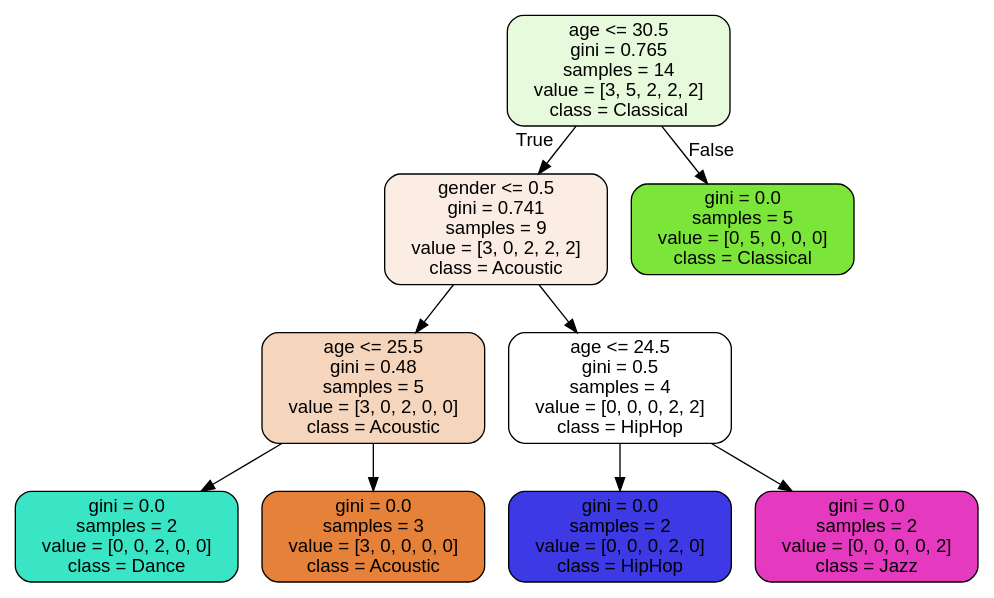
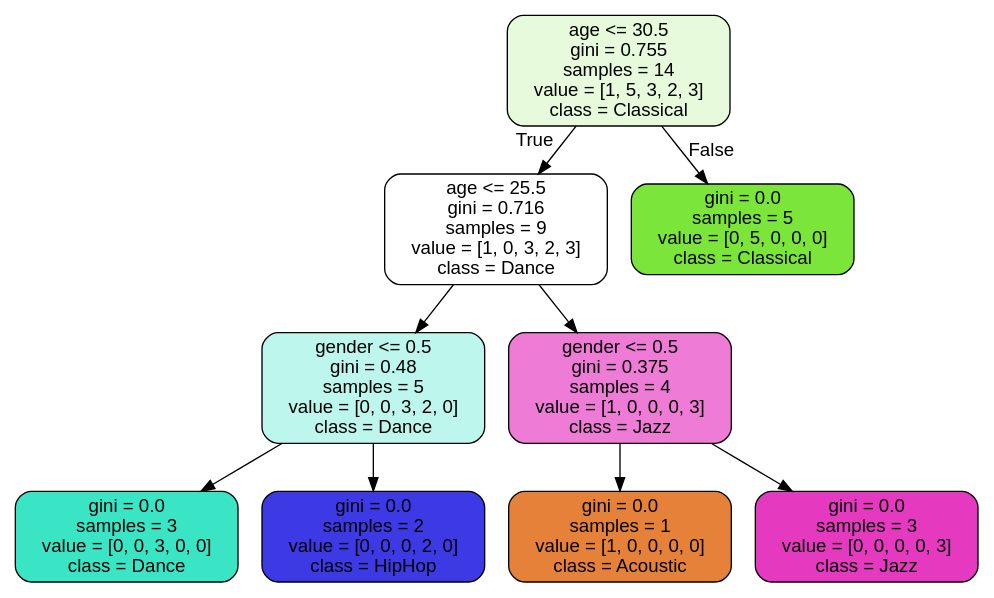
One commit to NyashaNziramasanga/music-genre-recommender changed the diagram in music-recommender.dot. Above: the diagram before and after it, drawn with Graphviz. The commit also changed 1 other file, not shown here.

```diff
--- a/music-recommender.dot
+++ b/music-recommender.dot
@@ -1,21 +1,21 @@
 digraph Tree {
 node [shape=box, style="filled, rounded", color="black", fontname=helvetica] ;
 edge [fontname=helvetica] ;
-0 [label="age <= 30.5\ngini = 0.765\nsamples = 14\nvalue = [3, 5, 2, 2, 2]\nclass = Classical", fillcolor="#e7fadb"] ;
-1 [label="gender <= 0.5\ngini = 0.741\nsamples = 9\nvalue = [3, 0, 2, 2, 2]\nclass = Acoustic", fillcolor="#fbede3"] ;
+0 [label="age <= 30.5\ngini = 0.755\nsamples = 14\nvalue = [1, 5, 3, 2, 3]\nclass = Classical", fillcolor="#e7fadb"] ;
+1 [label="age <= 25.5\ngini = 0.716\nsamples = 9\nvalue = [1, 0, 3, 2, 3]\nclass = Dance", fillcolor="#ffffff"] ;
 0 -> 1 [labeldistance=2.5, labelangle=45, headlabel="True"] ;
-2 [label="age <= 25.5\ngini = 0.48\nsamples = 5\nvalue = [3, 0, 2, 0, 0]\nclass = Acoustic", fillcolor="#f6d5bd"] ;
+2 [label="gender <= 0.5\ngini = 0.48\nsamples = 5\nvalue = [0, 0, 3, 2, 0]\nclass = Dance", fillcolor="#bdf6ec"] ;
 1 -> 2 ;
-3 [label="gini = 0.0\nsamples = 2\nvalue = [0, 0, 2, 0, 0]\nclass = Dance", fillcolor="#39e5c5"] ;
+3 [label="gini = 0.0\nsamples = 3\nvalue = [0, 0, 3, 0, 0]\nclass = Dance", fillcolor="#39e5c5"] ;
 2 -> 3 ;
-4 [label="gini = 0.0\nsamples = 3\nvalue = [3, 0, 0, 0, 0]\nclass = Acoustic", fillcolor="#e58139"] ;
+4 [label="gini = 0.0\nsamples = 2\nvalue = [0, 0, 0, 2, 0]\nclass = HipHop", fillcolor="#3c39e5"] ;
 2 -> 4 ;
-5 [label="age <= 24.5\ngini = 0.5\nsamples = 4\nvalue = [0, 0, 0, 2, 2]\nclass = HipHop", fillcolor="#ffffff"] ;
+5 [label="gender <= 0.5\ngini = 0.375\nsamples = 4\nvalue = [1, 0, 0, 0, 3]\nclass = Jazz", fillcolor="#ee7bd5"] ;
 1 -> 5 ;
-6 [label="gini = 0.0\nsamples = 2\nvalue = [0, 0, 0, 2, 0]\nclass = HipHop", fillcolor="#3c39e5"] ;
+6 [label="gini = 0.0\nsamples = 1\nvalue = [1, 0, 0, 0, 0]\nclass = Acoustic", fillcolor="#e58139"] ;
 5 -> 6 ;
-7 [label="gini = 0.0\nsamples = 2\nvalue = [0, 0, 0, 0, 2]\nclass = Jazz", fillcolor="#e539c0"] ;
+7 [label="gini = 0.0\nsamples = 3\nvalue = [0, 0, 0, 0, 3]\nclass = Jazz", fillcolor="#e539c0"] ;
 5 -> 7 ;
 8 [label="gini = 0.0\nsamples = 5\nvalue = [0, 5, 0, 0, 0]\nclass = Classical", fillcolor="#7be539"] ;
 0 -> 8 [labeldistance=2.5, labelangle=-45, headlabel="False"] ;
 }
```
